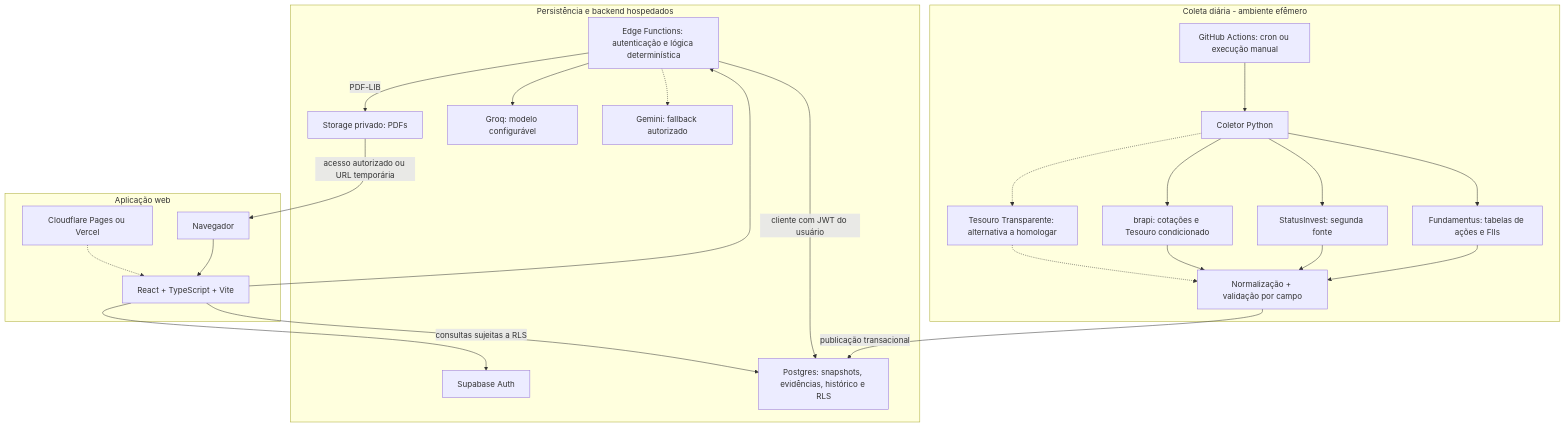
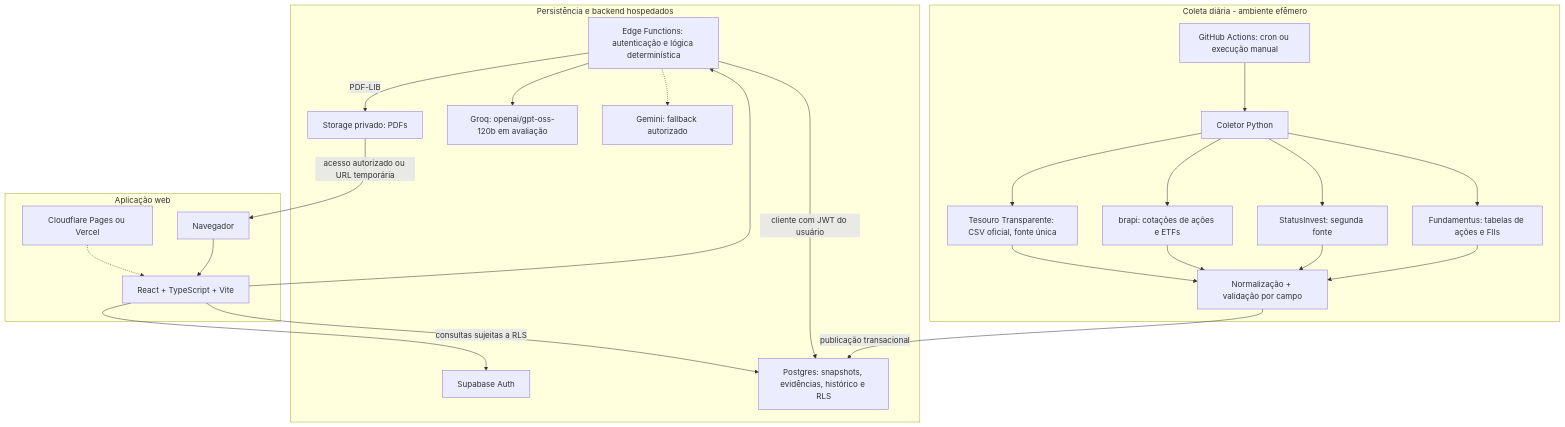
The first of 3 diagrams in README.md (GuilhermeBarros12/finance_agent), drawn with Mermaid before and after one commit. The commit also changed other lines of this file, not shown here.

````diff
--- a/README.md
+++ b/README.md
@@ -168,47 +160,47 @@
 ```mermaid
 flowchart TB
     subgraph batch["Coleta diária - ambiente efêmero"]
         gha["GitHub Actions: cron ou execução manual"]
         collect["Coletor Python"]
         fund["Fundamentus: tabelas de ações e FIIs"]
         status["StatusInvest: segunda fonte"]
-        brapi["brapi: cotações e Tesouro condicionado"]
-        official["Tesouro Transparente: alternativa a homologar"]
+        brapi["brapi: cotações de ações e ETFs"]
+        official["Tesouro Transparente: CSV oficial, fonte única"]
         validate["Normalização + validação por campo"]
         gha --> collect
         collect --> fund
         collect --> status
         collect --> brapi
-        collect -.-> official
+        collect --> official
         fund --> validate
         status --> validate
         brapi --> validate
-        official -.-> validate
+        official --> validate
     end
 
     subgraph hosted["Persistência e backend hospedados"]
         auth["Supabase Auth"]
         db["Postgres: snapshots, evidências, histórico e RLS"]
         edge["Edge Functions: autenticação e lógica determinística"]
         storage["Storage privado: PDFs"]
-        groq["Groq: modelo configurável"]
+        groq["Groq: openai/gpt-oss-120b em avaliação"]
         gemini["Gemini: fallback autorizado"]
         validate -->|"publicação transacional"| db
         edge -->|"cliente com JWT do usuário"| db
         edge --> groq
         edge -.-> gemini
         edge -->|"PDF-LIB"| storage
     end
 
     subgraph ui["Aplicação web"]
         browser["Navegador"]
         front["React + TypeScript + Vite"]
         deploy["Cloudflare Pages ou Vercel"]
         browser --> front
         deploy -.-> front
         front --> auth
         front --> edge
         front -->|"consultas sujeitas a RLS"| db
         storage -->|"acesso autorizado ou URL temporária"| browser
     end
 ```
````
